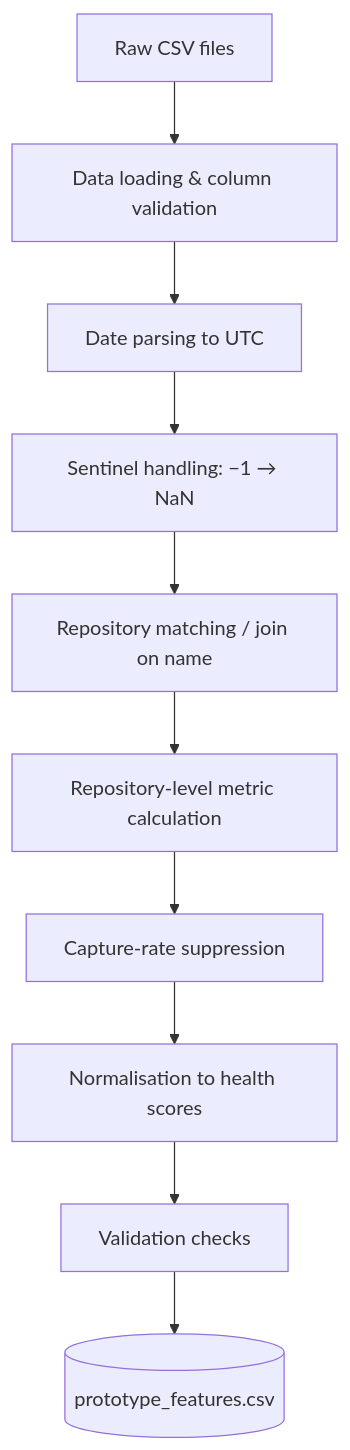
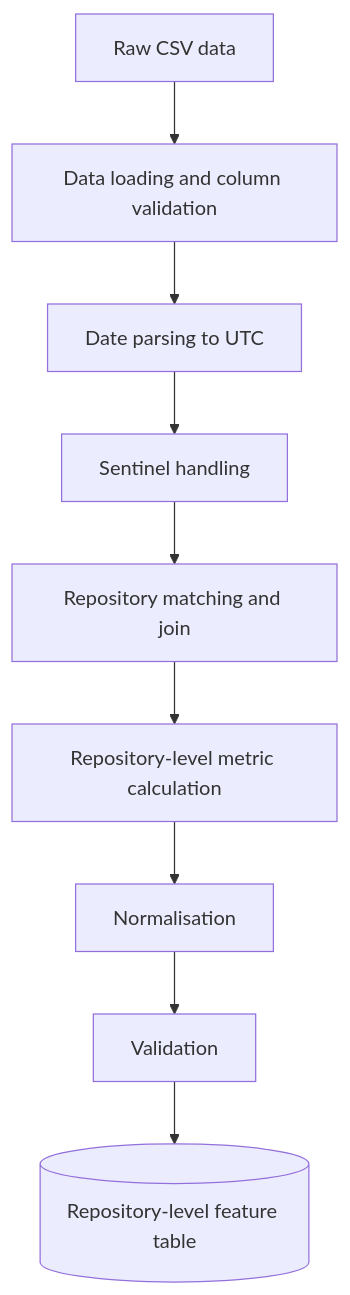
The second of 6 diagrams in README.md (gnanendra0305/Repository-Intelligence-Platform), drawn with Mermaid before and after one commit. The commit also changed other lines of this file, not shown here.

````diff
--- a/README.md
+++ b/README.md
@@ -328,12 +289,11 @@
 ```mermaid
 flowchart TD
-    A[Raw CSV files] --> B[Data loading & column validation]
+    A[Raw CSV data] --> B[Data loading and column validation]
     B --> C[Date parsing to UTC]
-    C --> D[Sentinel handling: −1 → NaN]
-    D --> E[Repository matching / join on name]
+    C --> D[Sentinel handling]
+    D --> E[Repository matching and join]
     E --> F[Repository-level metric calculation]
-    F --> G[Capture-rate suppression]
-    G --> H[Normalisation to health scores]
-    H --> I[Validation checks]
-    I --> J[(prototype_features.csv)]
+    F --> G[Normalisation]
+    G --> H[Validation]
+    H --> I[(Repository-level feature table)]
 ```
````
